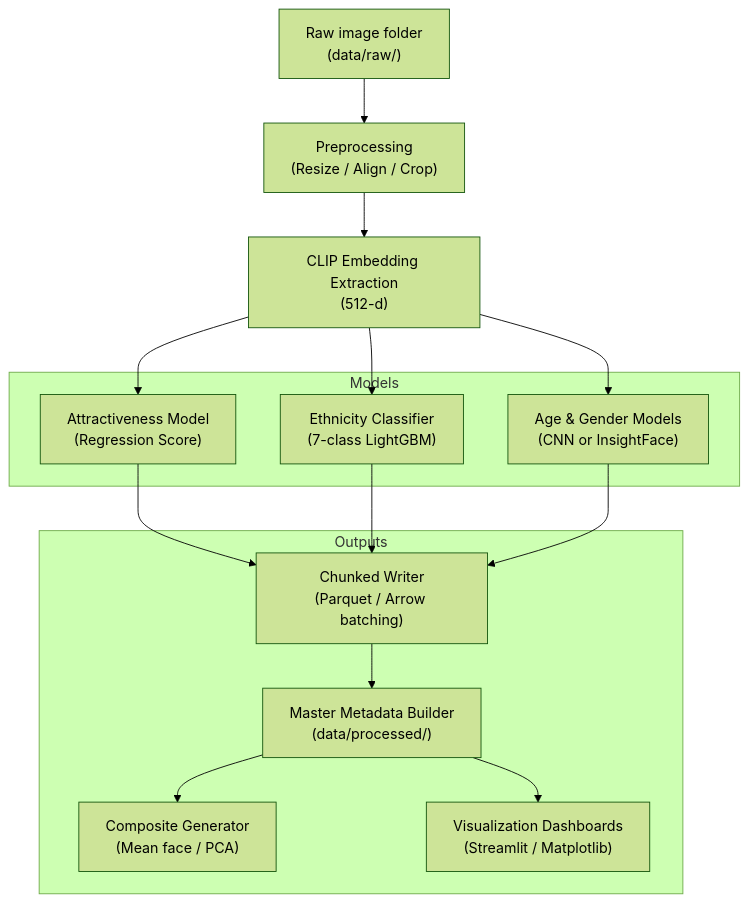
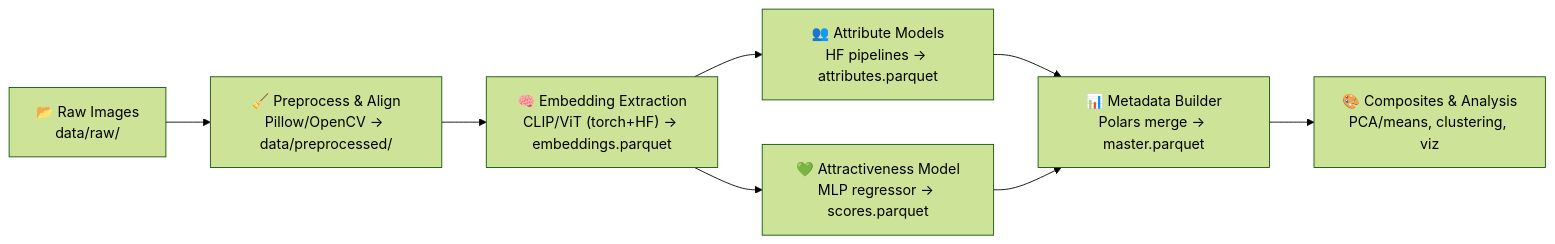
One commit to jayklarin/FaceStats changed the diagram in README.md. Above: the diagram before and after it, drawn with Mermaid (forest theme). The commit also changed other lines of this file and 13 other files, not shown here.

Commit message:
updates to schematics and more

````diff
--- a/README.md
+++ b/README.md
@@ -58,33 +51,10 @@
 ```mermaid
-flowchart TD
-
-    A["Raw image folder\n(data/raw/)"] 
-        --> B["Preprocessing\n(Resize / Align / Crop)"]
-
-    B --> C["CLIP Embedding Extraction\n(512-d)"]
-
-    C --> D["Attractiveness Model\n(Regression Score)"]
-    C --> E["Ethnicity Classifier\n(7-class LightGBM)"]
-    C --> F["Age & Gender Models\n(CNN or InsightFace)"]
-
-    D --> G["Chunked Writer\n(Parquet / Arrow batching)"]
-    E --> G
-    F --> G
-
-    G --> H["Master Metadata Builder\n(data/processed/)"]
-    H --> I["Composite Generator\n(Mean face / PCA)"]
-    H --> J["Visualization Dashboards\n(Streamlit / Matplotlib)"]
-
-    subgraph Models
-        D
-        E
-        F
-    end
-
-    subgraph Outputs
-        G
-        H
-        I
-        J
-    end
+flowchart LR
+    A["📂 Raw Images<br>data/raw/"] --> B["🧹 Preprocess & Align<br>Pillow/OpenCV -> data/preprocessed/"]
+    B --> C["🧠 Embedding Extraction<br>CLIP/ViT (torch+HF) -> embeddings.parquet"]
+    C --> D["👥 Attribute Models<br>HF pipelines -> attributes.parquet"]
+    C --> E["💚 Attractiveness Model<br>MLP regressor -> scores.parquet"]
+    D --> F["📊 Metadata Builder<br>Polars merge -> master.parquet"]
+    E --> F
+    F --> G["🎨 Composites & Analysis<br>PCA/means, clustering, viz"]
 ```
````
